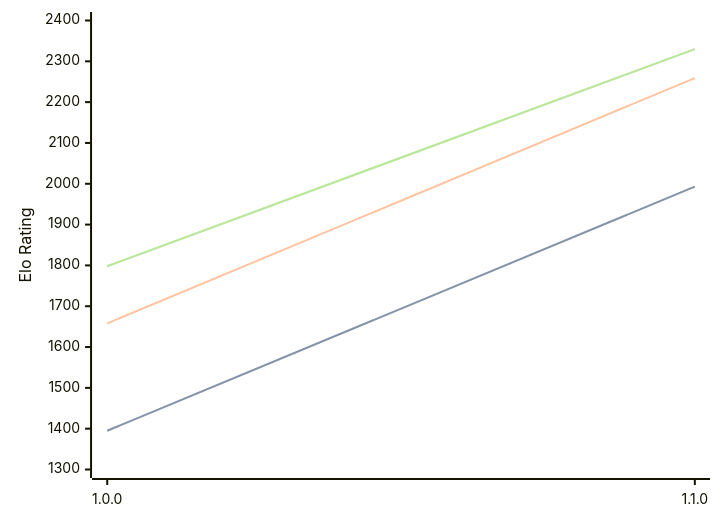
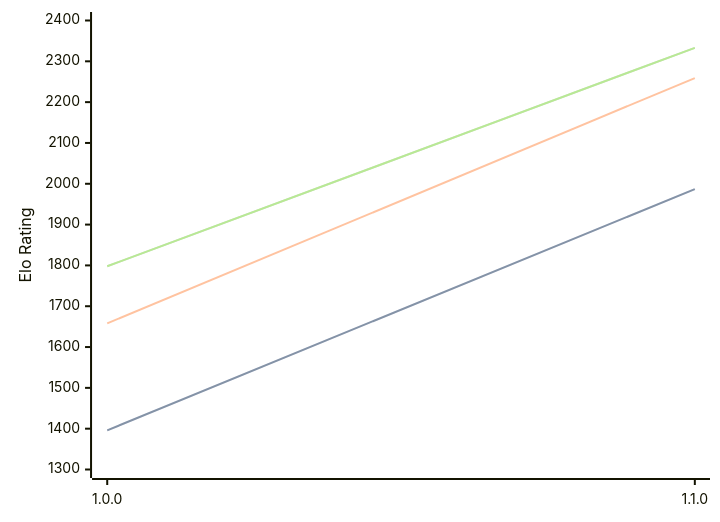
One commit to computer-chess-index/cci changed the diagram in engines/Akerbeltz.md. Above: the diagram before and after it, drawn with Mermaid. The commit also changed other lines of this file, not shown here.

Commit message:
Update CCI Ratings (ELO VLTC) - 2026-05-15

````diff
--- a/engines/Akerbeltz.md
+++ b/engines/Akerbeltz.md
@@ -32,11 +32,11 @@
 ```mermaid
 %%{init: {"theme":"base","themeVariables":{"seriesColors:['#a3a3a3','#222221','#faa371']}}}%%
 xychart-beta
   x-axis ["1.0.0", "1.1.0"]
   y-axis "Elo Rating" 1300 --> 2400
-  line "STC (8.0+0.08s)" [1395, 1993]
-  line "STC (8.0+0.08s)" [1395, 1993]
+  line "STC (8.0+0.08s)" [1396, 1987]
+  line "STC (8.0+0.08s)" [1396, 1987]
   line "LTC (60.0+0.60s)" [1658, 2259]
-  line "VLTC (2m24s+1.12s)" [1798, 2330]
-  line "VLTC (2m24s+1.12s)" [1798, 2330]
+  line "VLTC (2m24s+1.12s)" [1798, 2333]
+  line "VLTC (2m24s+1.12s)" [1798, 2333]
 ```
````
